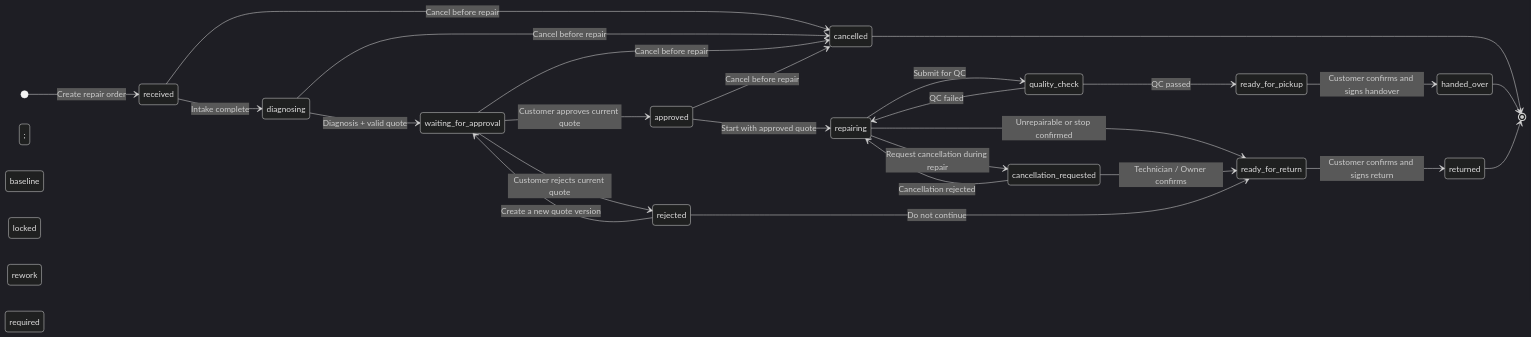
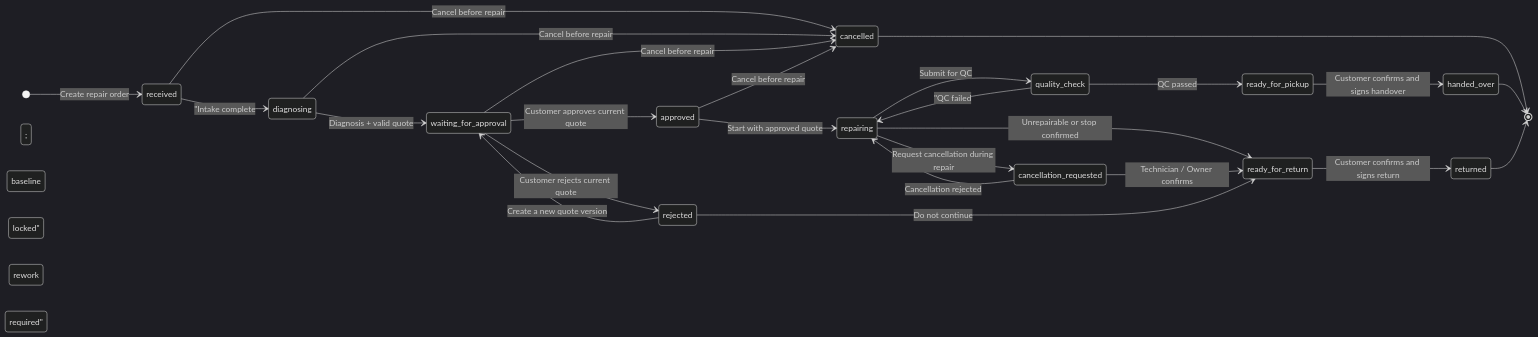
One commit to datdt03/DOTHANHDAT_INTERN_01278 changed the second of 15 diagrams in README.md. Above: the diagram before and after it, drawn with Mermaid (dark theme). The commit also changed 15 other files, not shown here.

````diff
--- a/README.md
+++ b/README.md
@@ -71,39 +71,39 @@
 ```mermaid
 stateDiagram-v2
     direction LR
 
     [*] --> received: Create repair order
 
-    received --> diagnosing: Intake complete; baseline locked
+    received --> diagnosing: "Intake complete; baseline locked"
     received --> cancelled: Cancel before repair
 
     diagnosing --> waiting_for_approval: Diagnosis + valid quote
     diagnosing --> cancelled: Cancel before repair
 
     waiting_for_approval --> approved: Customer approves current quote
     waiting_for_approval --> rejected: Customer rejects current quote
     waiting_for_approval --> cancelled: Cancel before repair
 
     approved --> repairing: Start with approved quote
     approved --> cancelled: Cancel before repair
 
     repairing --> quality_check: Submit for QC
     repairing --> cancellation_requested: Request cancellation during repair
     repairing --> ready_for_return: Unrepairable or stop confirmed
 
     cancellation_requested --> repairing: Cancellation rejected
     cancellation_requested --> ready_for_return: Technician / Owner confirms
 
     quality_check --> ready_for_pickup: QC passed
-    quality_check --> repairing: QC failed; rework required
+    quality_check --> repairing: "QC failed; rework required"
 
     rejected --> waiting_for_approval: Create a new quote version
     rejected --> ready_for_return: Do not continue
 
     ready_for_return --> returned: Customer confirms and signs return
     ready_for_pickup --> handed_over: Customer confirms and signs handover
 
     cancelled --> [*]
     handed_over --> [*]
     returned --> [*]
 ```
````
